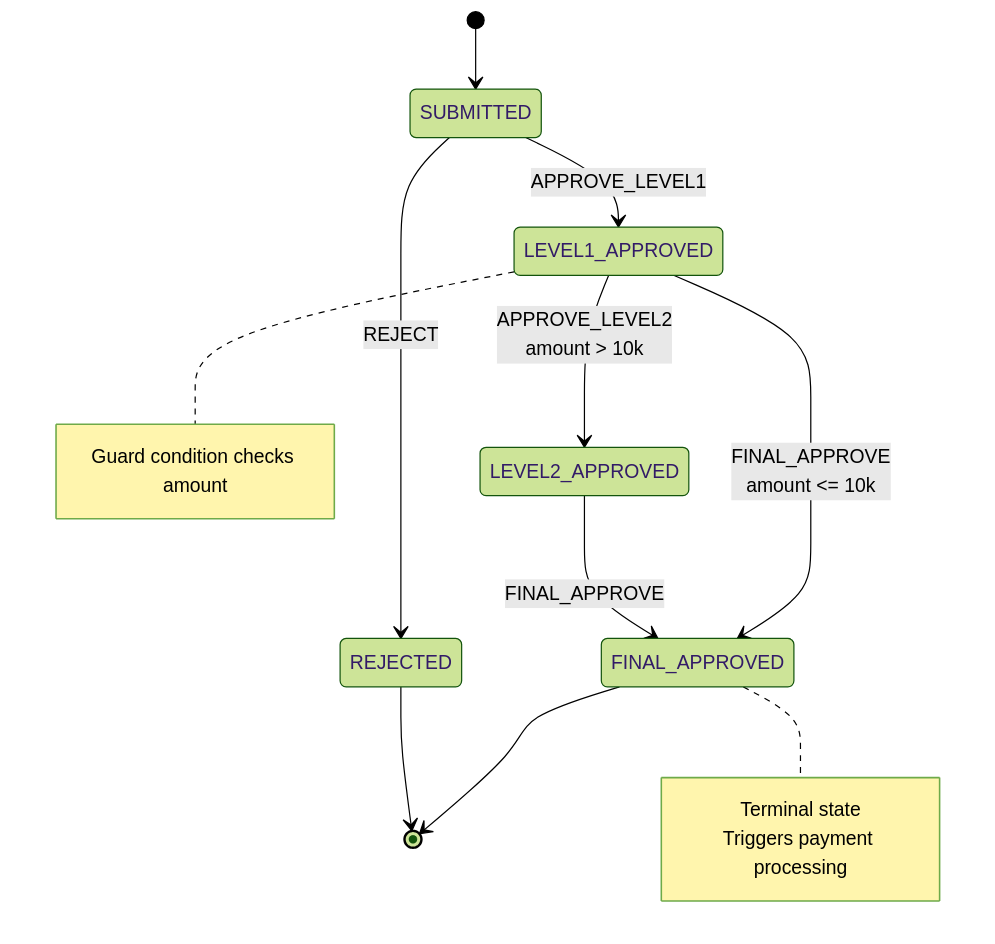
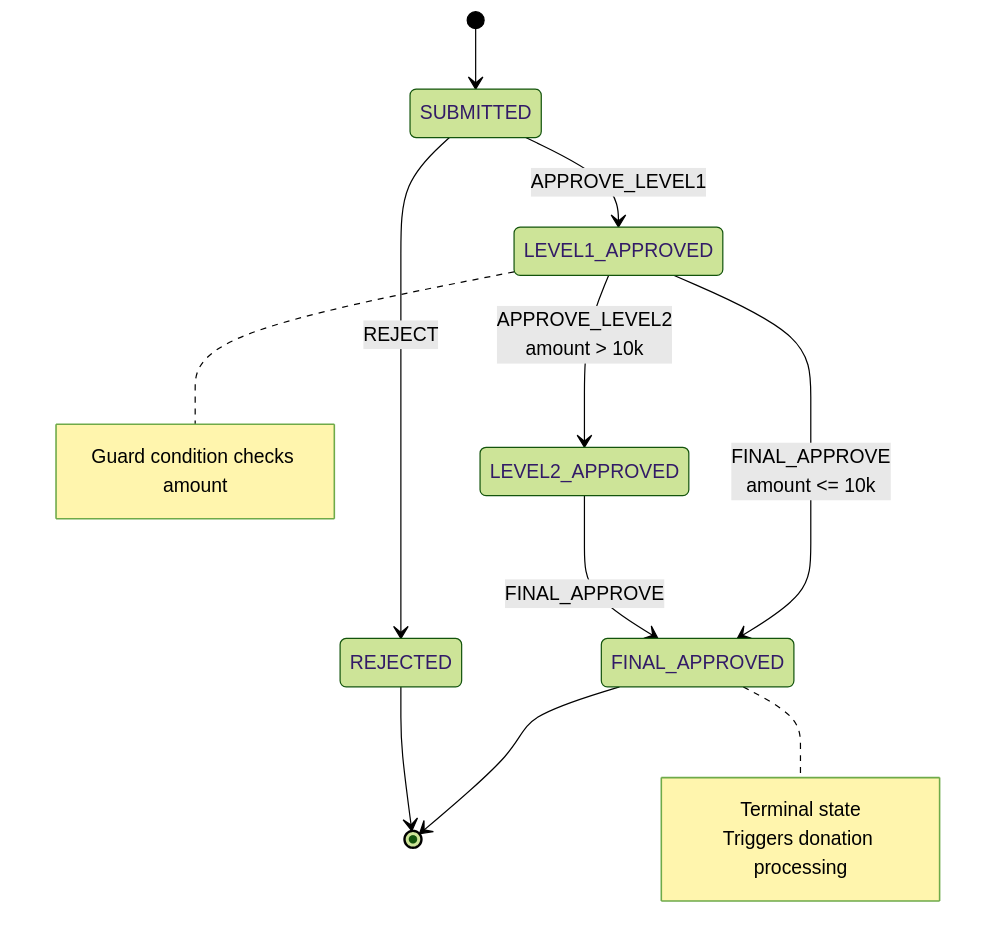
The fifth of 8 diagrams in docs/explanation/software/stack-lang/java/ex-so-stla-ja__finite-state-machine-fsm.md (wahidyankf/open-sharia-enterprise), drawn with Mermaid (forest theme) before and after one commit. The commit also changed other lines of this file and 81 other files, not shown here.

````diff
--- a/docs/explanation/software/stack-lang/java/ex-so-stla-ja__finite-state-machine-fsm.md
+++ b/docs/explanation/software/stack-lang/java/ex-so-stla-ja__finite-state-machine-fsm.md
@@ -1209,27 +1209,27 @@
 ```mermaid
 %% Color Palette: Blue #0173B2, Orange #DE8F05, Teal #029E73, Purple #CC78BC
 %% All colors are color-blind friendly and meet WCAG AA contrast standards
 
 stateDiagram-v2
     [*] --> SUBMITTED
 
     SUBMITTED --> LEVEL1_APPROVED: APPROVE_LEVEL1
     SUBMITTED --> REJECTED: REJECT
 
     LEVEL1_APPROVED --> LEVEL2_APPROVED: APPROVE_LEVEL2<br/>amount > 10k
     LEVEL1_APPROVED --> FINAL_APPROVED: FINAL_APPROVE<br/>amount <= 10k
 
     LEVEL2_APPROVED --> FINAL_APPROVED: FINAL_APPROVE
 
     FINAL_APPROVED --> [*]
     REJECTED --> [*]
 
     note right of LEVEL1_APPROVED
         Guard condition checks amount
     end note
 
     note right of FINAL_APPROVED
         Terminal state
-        Triggers payment processing
+        Triggers donation processing
     end note
 ```
````
